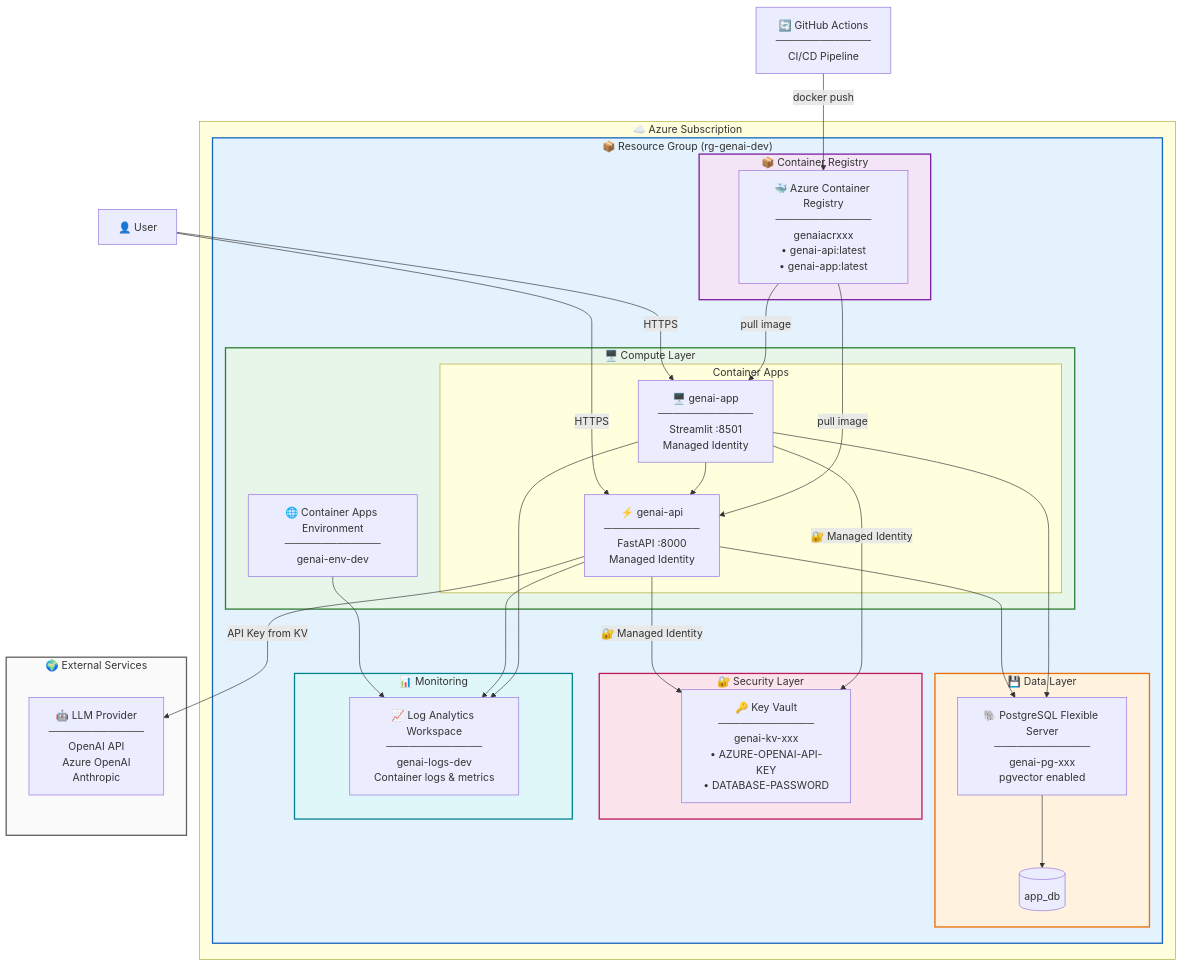
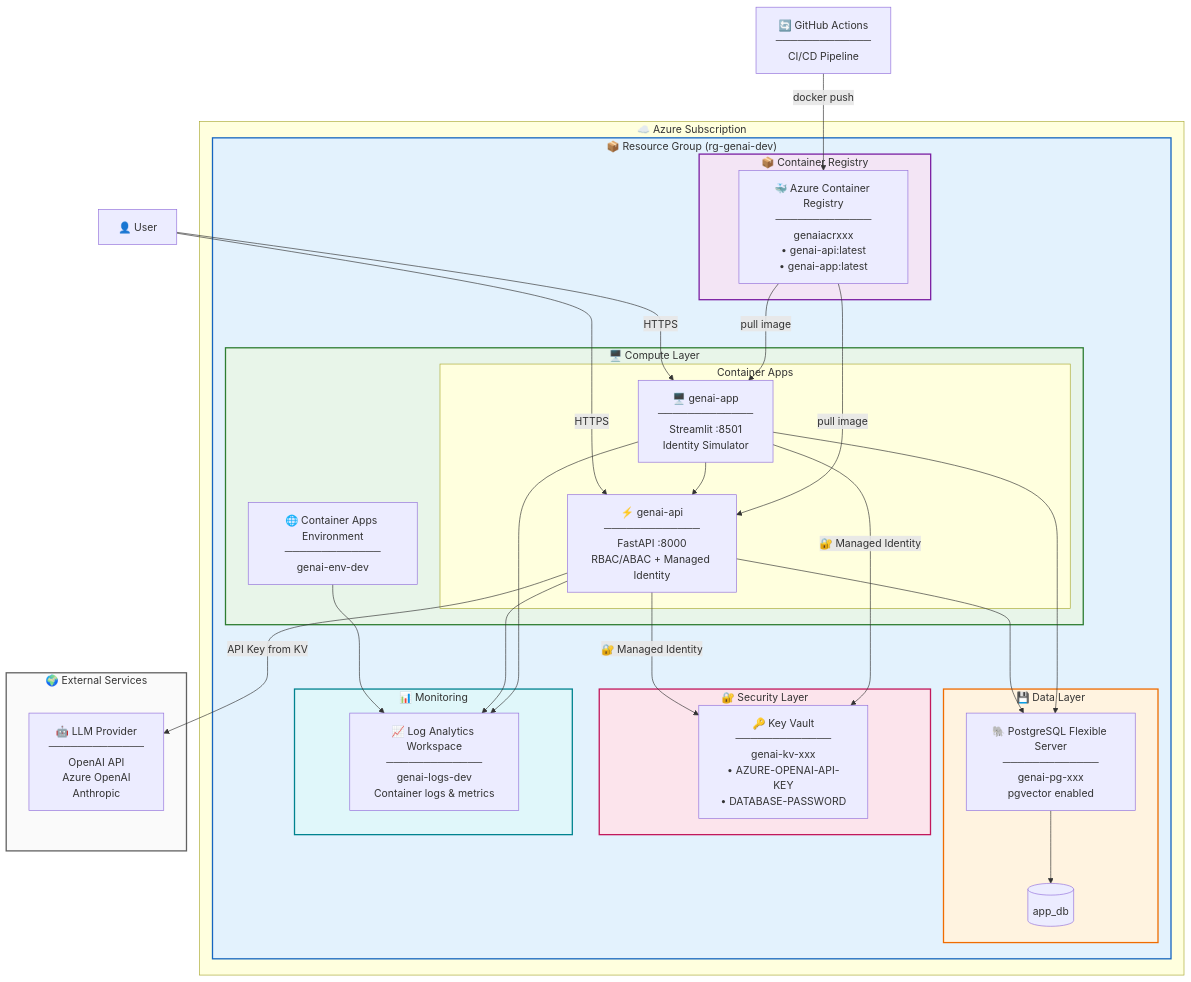
One commit to vlzm/genai-accelerator changed the first of 3 diagrams in README.md. Above: the diagram before and after it, drawn with Mermaid. The commit also changed other lines of this file and 1 other file, not shown here.

Commit message:
Added abac and rbac to readme

````diff
--- a/README.md
+++ b/README.md
@@ -20,69 +20,69 @@
 ```mermaid
 flowchart TB
     subgraph Azure["☁️ Azure Subscription"]
         subgraph RG["📦 Resource Group (rg-genai-dev)"]
             
             subgraph Compute["🖥️ Compute Layer"]
                 CAE["🌐 Container Apps Environment<br/>─────────────<br/>genai-env-dev"]
                 
                 subgraph Apps["Container Apps"]
-                    API["⚡ genai-api<br/>─────────────<br/>FastAPI :8000<br/>Managed Identity"]
-                    UI["🖥️ genai-app<br/>─────────────<br/>Streamlit :8501<br/>Managed Identity"]
+                    API["⚡ genai-api<br/>─────────────<br/>FastAPI :8000<br/>RBAC/ABAC + Managed Identity"]
+                    UI["🖥️ genai-app<br/>─────────────<br/>Streamlit :8501<br/>Identity Simulator"]
                 end
             end
             
             subgraph Data["💾 Data Layer"]
                 PG["🐘 PostgreSQL Flexible Server<br/>─────────────<br/>genai-pg-xxx<br/>pgvector enabled"]
                 DB[(app_db)]
             end
             
             subgraph Security["🔐 Security Layer"]
                 KV["🔑 Key Vault<br/>─────────────<br/>genai-kv-xxx<br/>• AZURE-OPENAI-API-KEY<br/>• DATABASE-PASSWORD"]
             end
             
             subgraph Registry["📦 Container Registry"]
                 ACR["🐳 Azure Container Registry<br/>─────────────<br/>genaiacrxxx<br/>• genai-api:latest<br/>• genai-app:latest"]
             end
             
             subgraph Monitoring["📊 Monitoring"]
                 LA["📈 Log Analytics Workspace<br/>─────────────<br/>genai-logs-dev<br/>Container logs & metrics"]
             end
         end
     end
     
     subgraph External["🌍 External Services"]
         LLM["🤖 LLM Provider<br/>─────────────<br/>OpenAI API<br/>Azure OpenAI<br/>Anthropic"]
     end
     
     User["👤 User"]
     CICD["🔄 GitHub Actions<br/>─────────────<br/>CI/CD Pipeline"]
 
     User -->|HTTPS| UI
     User -->|HTTPS| API
     UI --> API
     
     API -->|"🔐 Managed Identity"| KV
     UI -->|"🔐 Managed Identity"| KV
     
     API --> PG
     UI --> PG
     PG --> DB
     
     API -->|"API Key from KV"| LLM
     
     CAE --> LA
     API --> LA
     UI --> LA
     
     CICD -->|"docker push"| ACR
     ACR -->|"pull image"| API
     ACR -->|"pull image"| UI
 
     style RG fill:#e3f2fd,stroke:#1565c0,stroke-width:2px
     style Compute fill:#e8f5e9,stroke:#2e7d32,stroke-width:2px
     style Data fill:#fff3e0,stroke:#ef6c00,stroke-width:2px
     style Security fill:#fce4ec,stroke:#c2185b,stroke-width:2px
     style Registry fill:#f3e5f5,stroke:#7b1fa2,stroke-width:2px
     style Monitoring fill:#e0f7fa,stroke:#00838f,stroke-width:2px
     style External fill:#fafafa,stroke:#616161,stroke-width:2px
 ```
````
